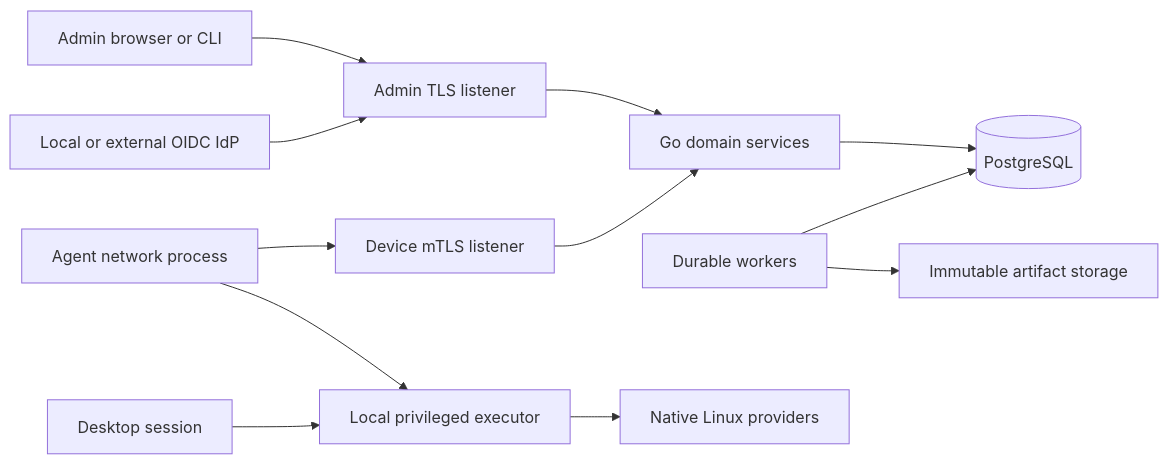
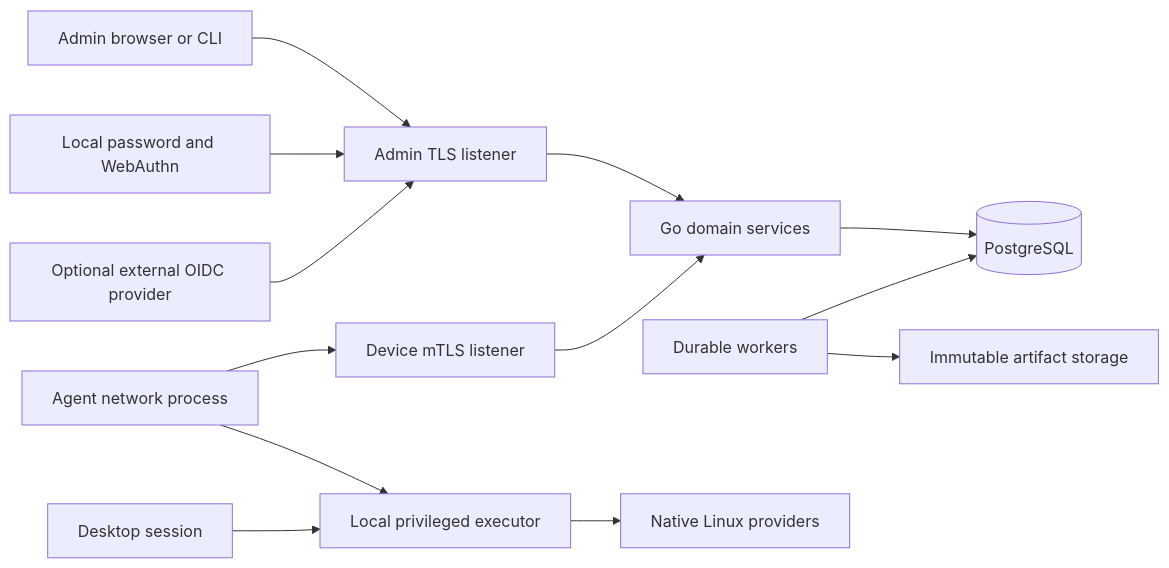
The first of 2 diagrams in docs/architecture.md (radkawar/lindm), drawn with Mermaid before and after one commit. The commit also changed other lines of this file and 143 other files, not shown here.

````diff
--- a/docs/architecture.md
+++ b/docs/architecture.md
@@ -26,14 +28,15 @@
 ```mermaid
 flowchart LR
     Human[Admin browser or CLI] --> Admin[Admin TLS listener]
-    IdP[Local or external OIDC IdP] --> Admin
+    Local[Local password and WebAuthn] --> Admin
+    IdP[Optional external OIDC provider] --> Admin
     Device[Agent network process] --> MTLS[Device mTLS listener]
     Admin --> Core[Go domain services]
     MTLS --> Core
     Core --> DB[(PostgreSQL)]
     Worker[Durable workers] --> DB
     Worker --> Objects[Immutable artifact storage]
     Device --> Executor[Local privileged executor]
     Session[Desktop session] --> Executor
     Executor --> Native[Native Linux providers]
 ```
````
